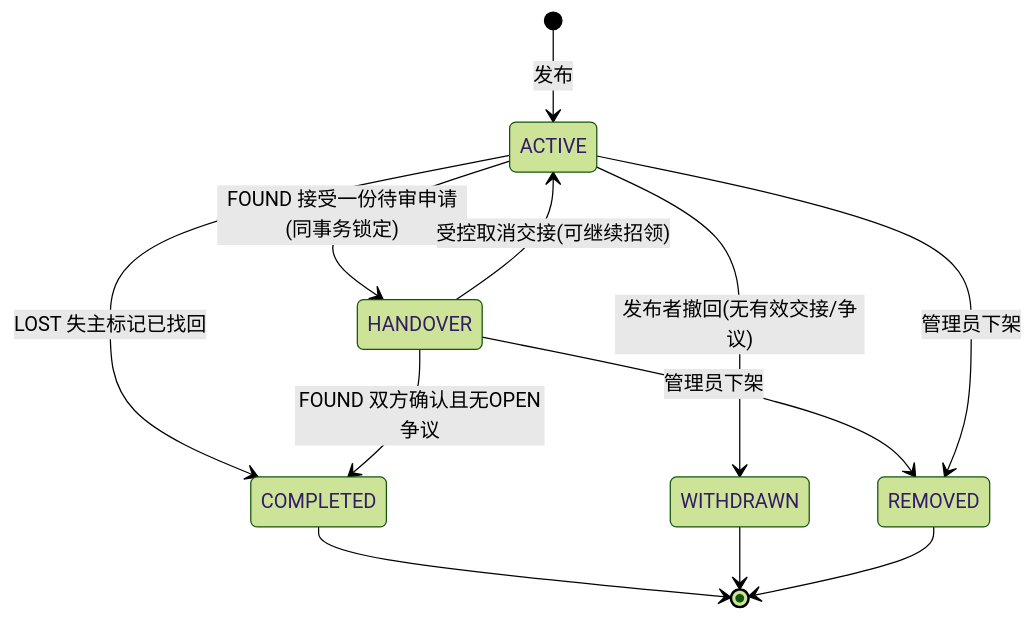
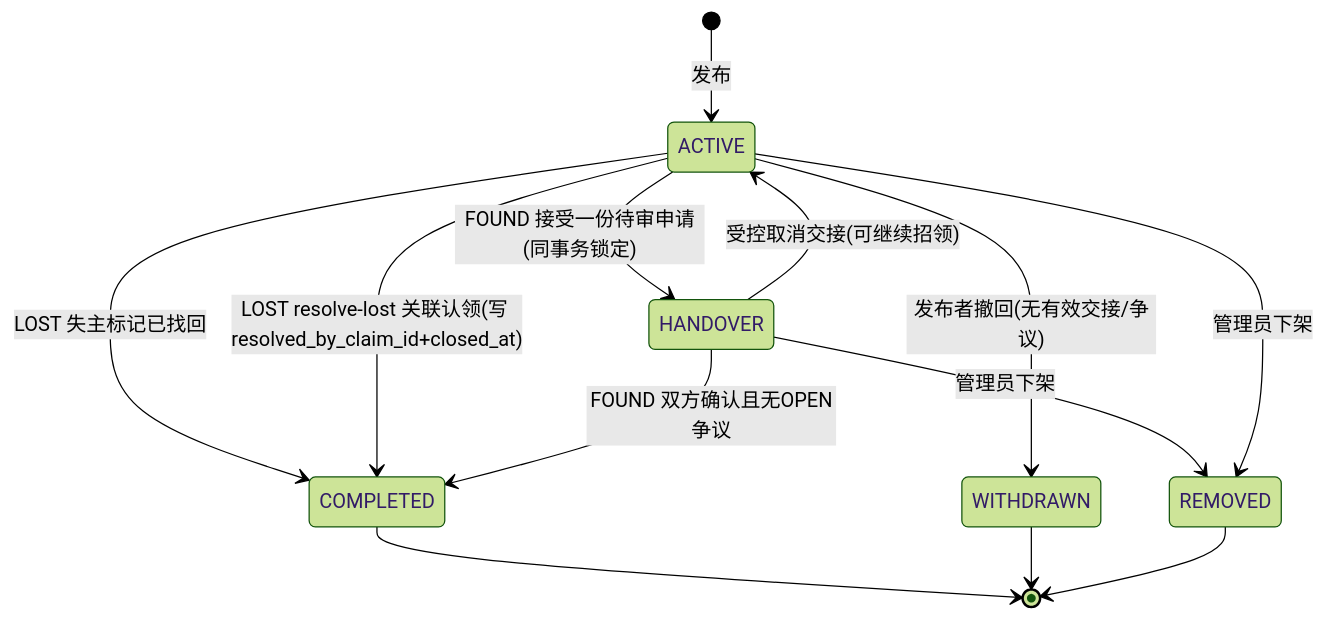
The first of 4 diagrams in docs/architecture/state-machines.md (Huang-yu-xin/Campus-Lost-and-Found-System), drawn with Mermaid (forest theme) before and after one commit. The commit also changed other lines of this file and 4 other files, not shown here.

Commit message:
test+docs(V4-S6): ClaimResolveIT + smoke + 文档

````diff
--- a/docs/architecture/state-machines.md
+++ b/docs/architecture/state-machines.md
@@ -11,14 +11,15 @@
 ```mermaid
 stateDiagram-v2
     [*] --> ACTIVE: 发布
     ACTIVE --> COMPLETED: LOST 失主标记已找回
+    ACTIVE --> COMPLETED: LOST resolve-lost 关联认领(写 resolved_by_claim_id+closed_at)
     ACTIVE --> HANDOVER: FOUND 接受一份待审申请(同事务锁定)
     HANDOVER --> COMPLETED: FOUND 双方确认且无OPEN争议
     HANDOVER --> ACTIVE: 受控取消交接(可继续招领)
     HANDOVER --> REMOVED: 管理员下架
     ACTIVE --> WITHDRAWN: 发布者撤回(无有效交接/争议)
     ACTIVE --> REMOVED: 管理员下架
     COMPLETED --> [*]
     WITHDRAWN --> [*]
     REMOVED --> [*]
 ```
````
